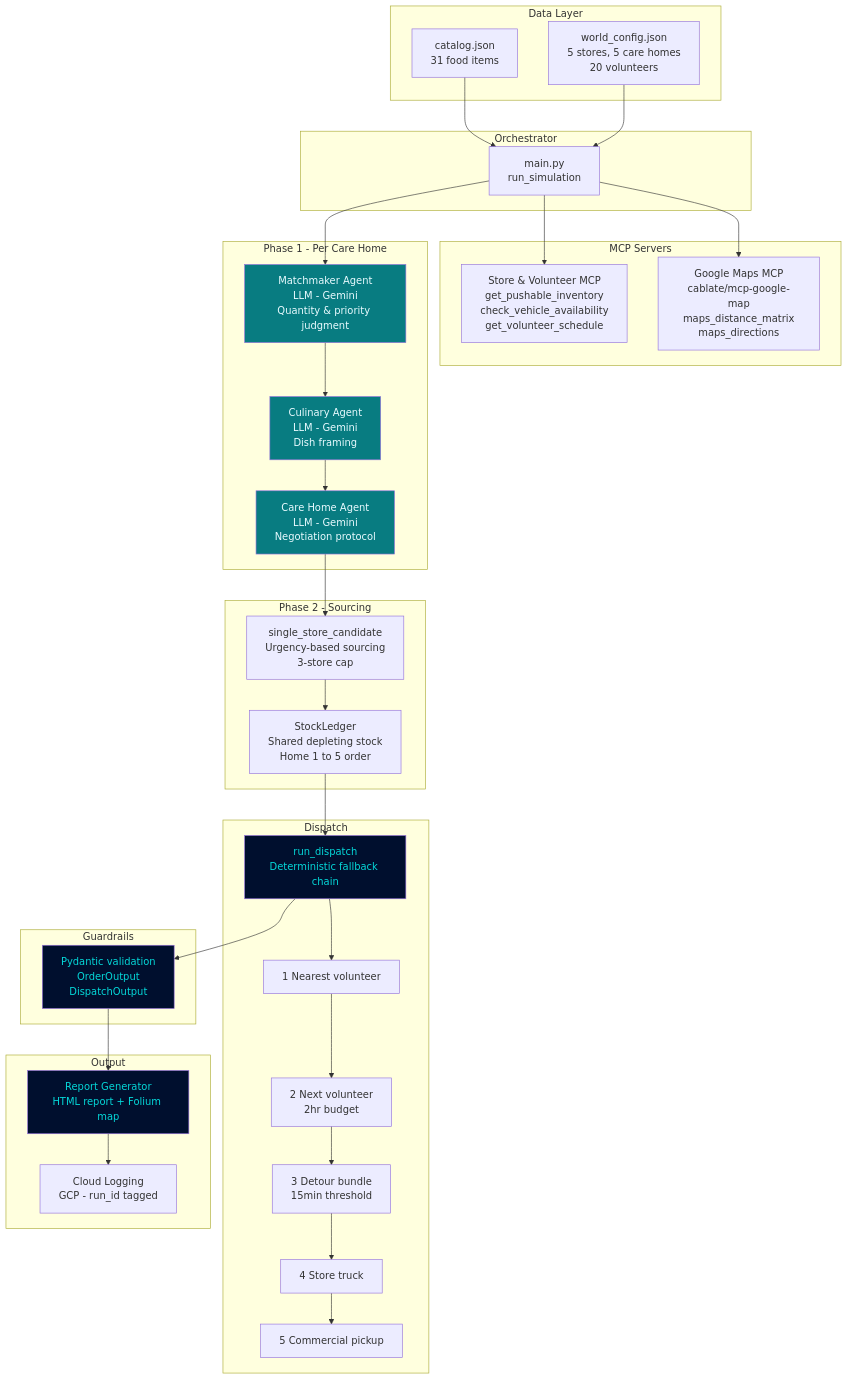
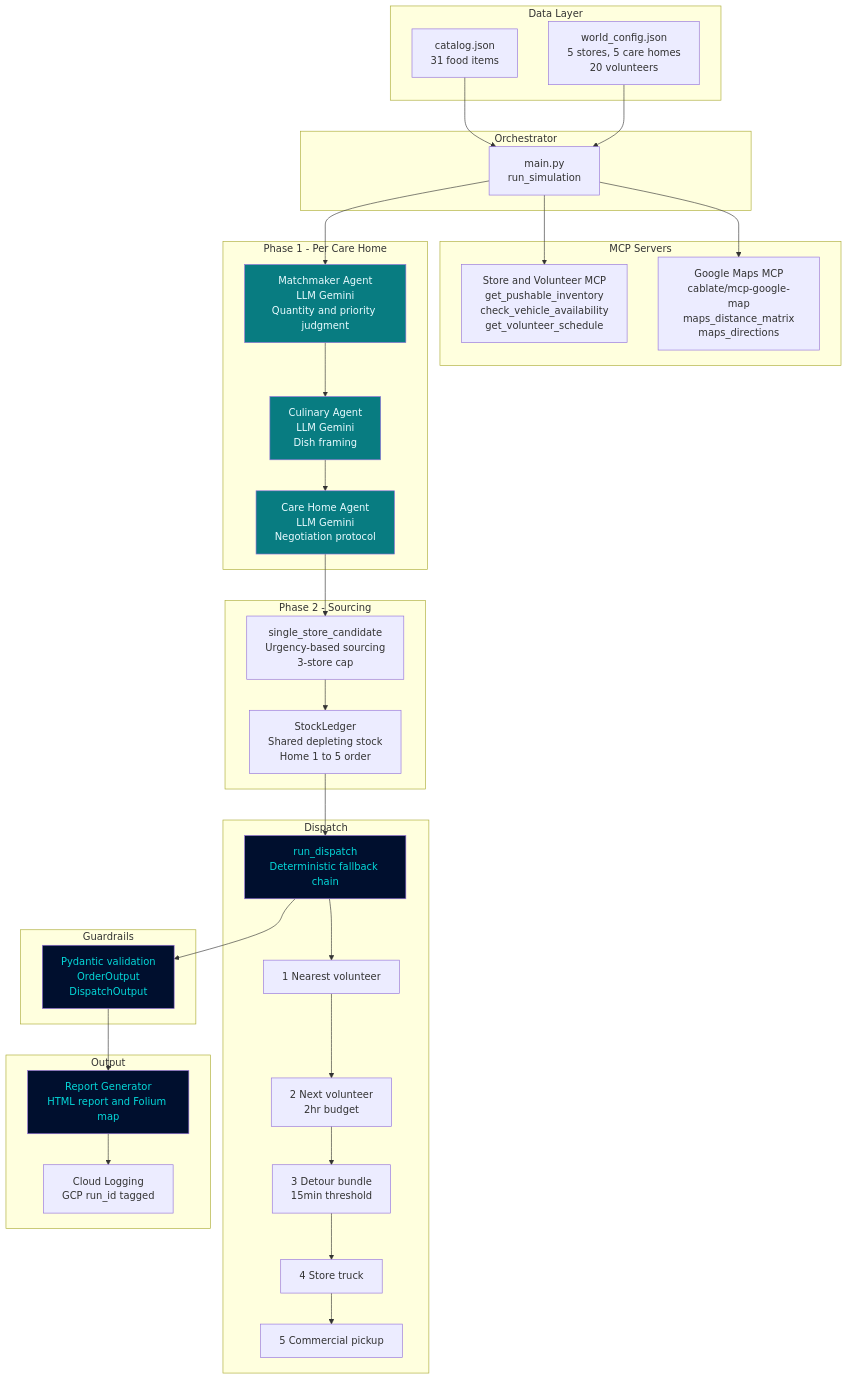
Before and after one commit to bvsprathap/SurplusCart: the diagram in README.md, drawn with Mermaid.

Commit message:
Fix Mermaid diagram syntax in README.md

````diff
--- a/README.md
+++ b/README.md
@@ -28,67 +28,67 @@
 ```mermaid
 graph TD
-    subgraph Data Layer
-        CJ[catalog.json\n31 food items]
-        WC[world_config.json\n5 stores, 5 care homes\n20 volunteers]
+    subgraph DataLayer["Data Layer"]
+        CJ["catalog.json<br/>31 food items"]
+        WC["world_config.json<br/>5 stores, 5 care homes<br/>20 volunteers"]
     end
 
-    subgraph MCP Servers
-        SMCP[Store & Volunteer MCP\nget_pushable_inventory\ncheck_vehicle_availability\nget_volunteer_schedule]
-        GMCP[Google Maps MCP\ncablate/mcp-google-map\nmaps_distance_matrix\nmaps_directions]
+    subgraph MCPServers["MCP Servers"]
+        SMCP["Store and Volunteer MCP<br/>get_pushable_inventory<br/>check_vehicle_availability<br/>get_volunteer_schedule"]
+        GMCP["Google Maps MCP<br/>cablate/mcp-google-map<br/>maps_distance_matrix<br/>maps_directions"]
     end
 
     subgraph Orchestrator
-        O[main.py\nrun_simulation]
+        O["main.py<br/>run_simulation"]
     end
 
-    subgraph Phase 1 - Per Care Home
-        MA[Matchmaker Agent\nLLM - Gemini\nQuantity & priority judgment]
-        CA[Culinary Agent\nLLM - Gemini\nDish framing]
-        NA[Care Home Agent\nLLM - Gemini\nNegotiation protocol]
+    subgraph Phase1["Phase 1 - Per Care Home"]
+        MA["Matchmaker Agent<br/>LLM Gemini<br/>Quantity and priority judgment"]
+        CA["Culinary Agent<br/>LLM Gemini<br/>Dish framing"]
+        NA["Care Home Agent<br/>LLM Gemini<br/>Negotiation protocol"]
     end
 
-    subgraph Phase 2 - Sourcing
-        SL[StockLedger\nShared depleting stock\nHome 1 to 5 order]
-        SC[single_store_candidate\nUrgency-based sourcing\n3-store cap]
+    subgraph Phase2["Phase 2 - Sourcing"]
+        SL["StockLedger<br/>Shared depleting stock<br/>Home 1 to 5 order"]
+        SC["single_store_candidate<br/>Urgency-based sourcing<br/>3-store cap"]
     end
 
-    subgraph Dispatch
-        D[run_dispatch\nDeterministic fallback chain]
-        D1[1 Nearest volunteer]
-        D2[2 Next volunteer\n2hr budget]
-        D3[3 Detour bundle\n15min threshold]
-        D4[4 Store truck]
-        D5[5 Commercial pickup]
+    subgraph DispatchLayer["Dispatch"]
+        D["run_dispatch<br/>Deterministic fallback chain"]
+        D1["1 Nearest volunteer"]
+        D2["2 Next volunteer<br/>2hr budget"]
+        D3["3 Detour bundle<br/>15min threshold"]
+        D4["4 Store truck"]
+        D5["5 Commercial pickup"]
     end
 
     subgraph Guardrails
-        G[Pydantic validation\nOrderOutput\nDispatchOutput]
+        G["Pydantic validation<br/>OrderOutput<br/>DispatchOutput"]
     end
 
-    subgraph Output
-        R[Report Generator\nHTML report + Folium map]
-        L[Cloud Logging\nGCP - run_id tagged]
+    subgraph OutputLayer["Output"]
+        R["Report Generator<br/>HTML report and Folium map"]
+        L["Cloud Logging<br/>GCP run_id tagged"]
     end
 
     CJ --> O
     WC --> O
     O --> SMCP
     O --> GMCP
     O --> MA
     MA --> CA
     CA --> NA
     NA --> SC
     SC --> SL
     SL --> D
     D --> D1 --> D2 --> D3 --> D4 --> D5
     D --> G
     G --> R
     R --> L
 
     style MA fill:#087C81,color:#EAFBFF
     style CA fill:#087C81,color:#EAFBFF
     style NA fill:#087C81,color:#EAFBFF
     style D fill:#000F2E,color:#04D8D9
     style G fill:#000F2E,color:#04D8D9
     style R fill:#000F2E,color:#04D8D9
 ```
````
